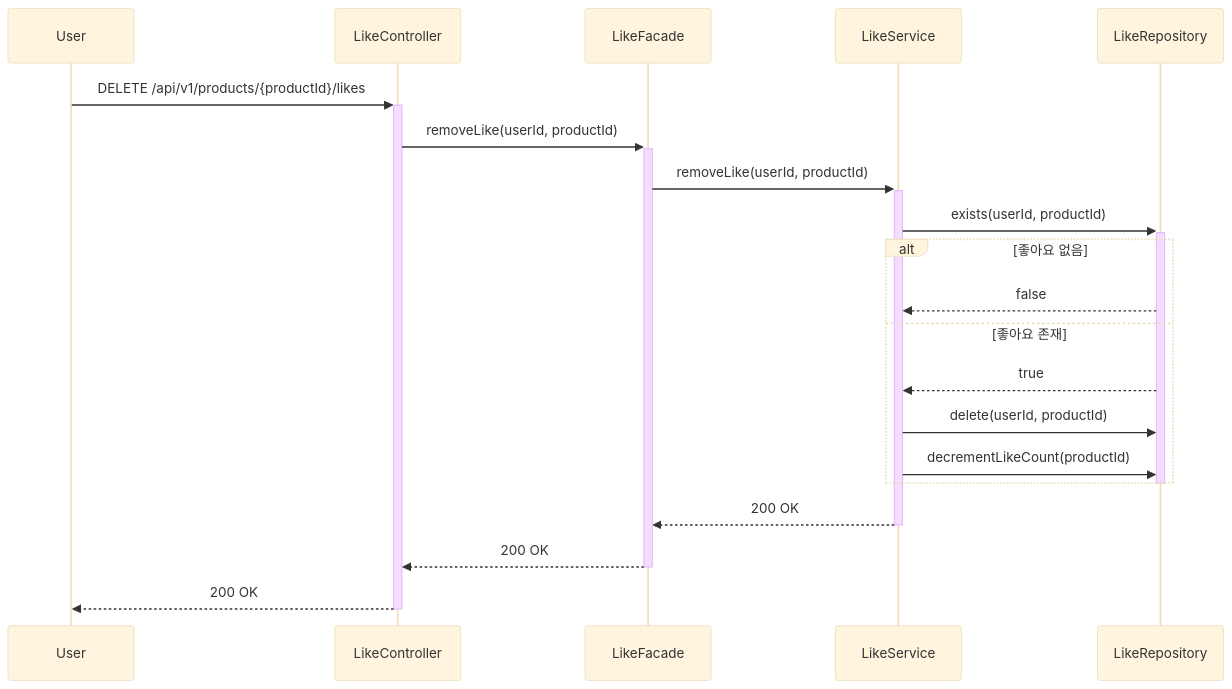
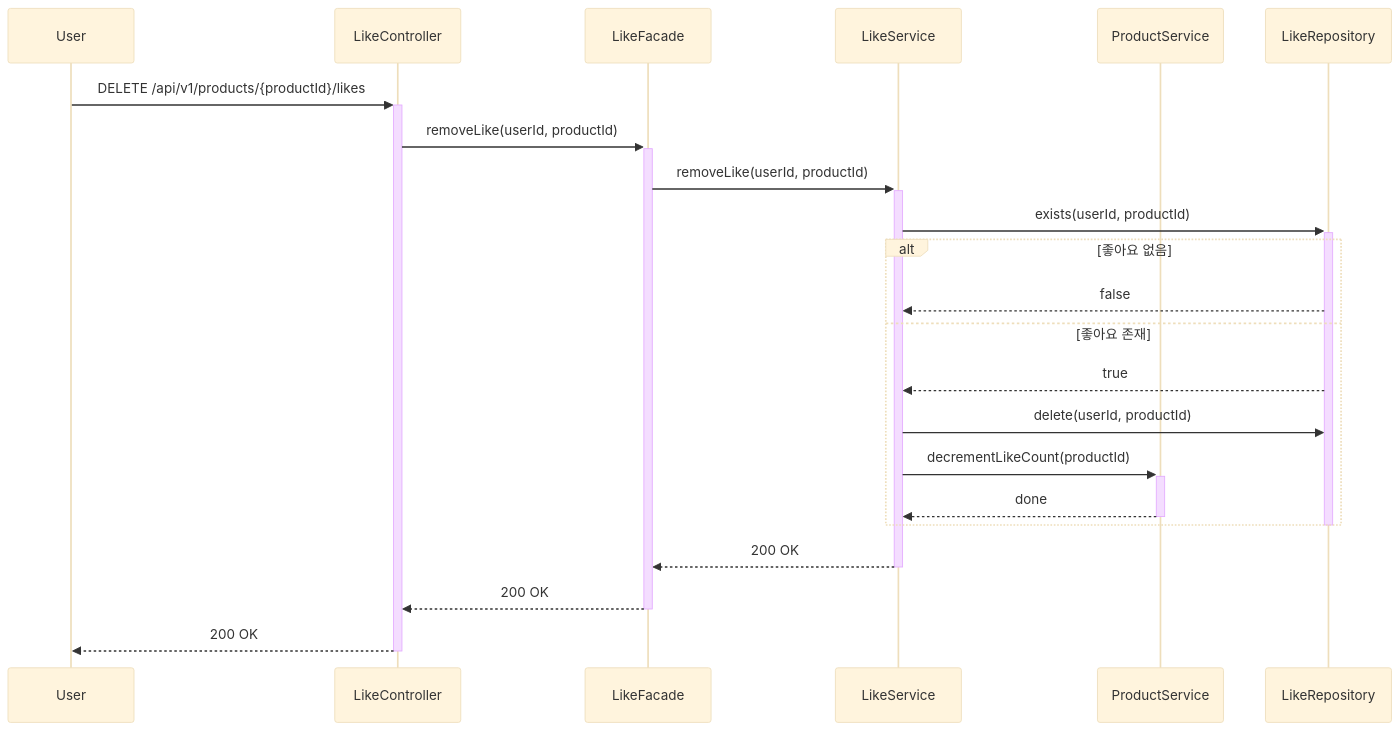
Before and after one commit to loopers-labs/loop-pack-be-l2-vol4-java: the fifth of 17 diagrams in docs/week2/02-sequence-diagrams.md, drawn with Mermaid (base theme). The commit also changed other lines of this file, not shown here.

First line of the commit message:
docs: 시퀀스 다이어그램 책임 주체 명확화

````diff
--- a/docs/week2/02-sequence-diagrams.md
+++ b/docs/week2/02-sequence-diagrams.md
@@ -140,26 +142,28 @@
 ```mermaid
 sequenceDiagram
     participant User
     participant LikeController
     participant LikeFacade
     participant LikeService
+    participant ProductService
     participant LikeRepository
 
     User->>+LikeController: DELETE /api/v1/products/{productId}/likes
     LikeController->>+LikeFacade: removeLike(userId, productId)
     LikeFacade->>+LikeService: removeLike(userId, productId)
     LikeService->>+LikeRepository: exists(userId, productId)
 
     alt 좋아요 없음
         LikeRepository-->>LikeService: false
     else 좋아요 존재
         LikeRepository-->>LikeService: true
         LikeService->>LikeRepository: delete(userId, productId)
-        LikeService->>LikeRepository: decrementLikeCount(productId)
+        LikeService->>+ProductService: decrementLikeCount(productId)
+        ProductService-->>-LikeService: done
     end
 
     deactivate LikeRepository
     LikeService-->>-LikeFacade: 200 OK
     LikeFacade-->>-LikeController: 200 OK
     LikeController-->>-User: 200 OK
 ```
````
